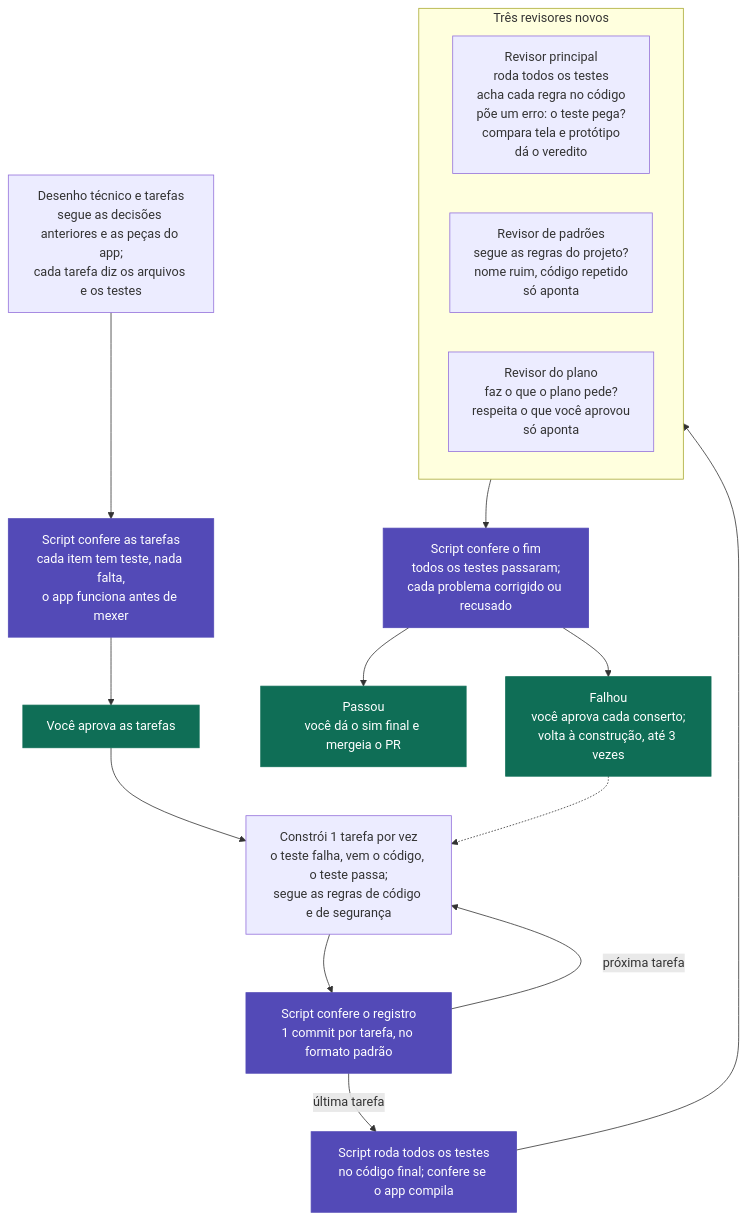
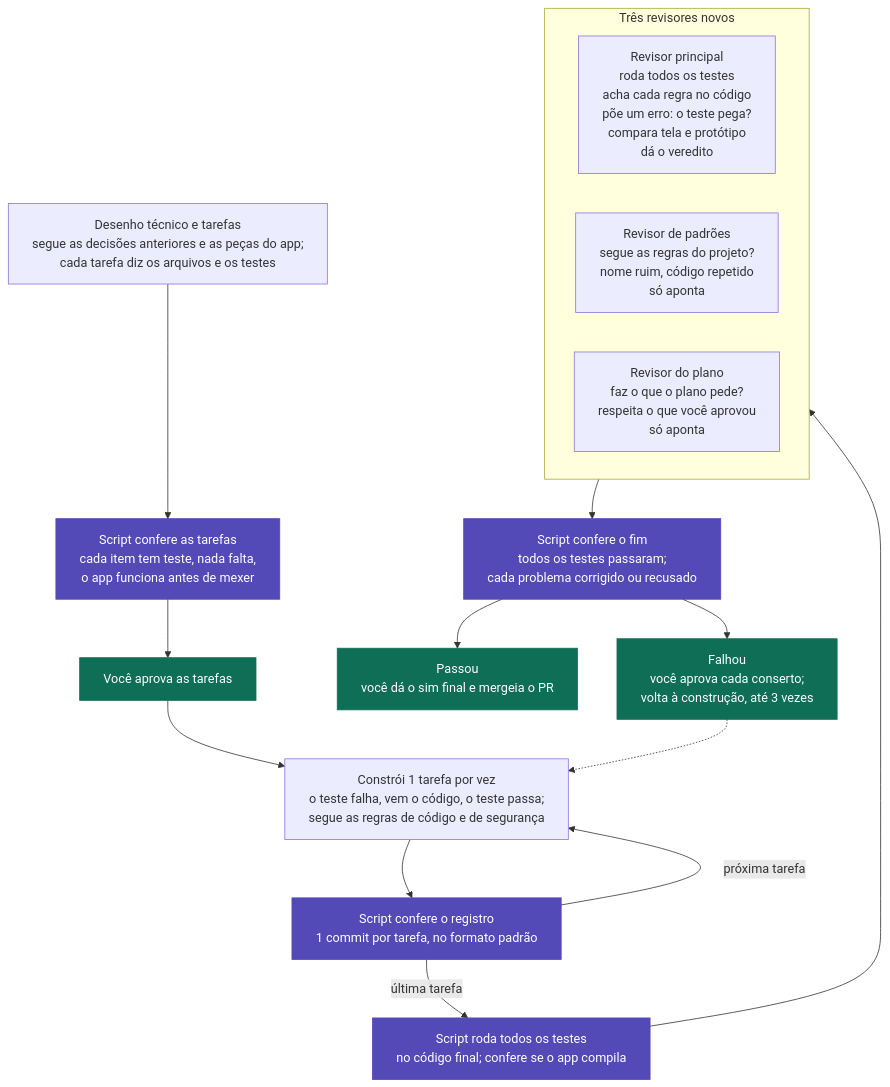
The second of 2 diagrams in README.md (cassianodiniz/cass), drawn with Mermaid before and after one commit. The commit also changed other lines of this file, not shown here.

Commit message:
README: caixas mais largas nos fluxogramas

````diff
--- a/README.md
+++ b/README.md
@@ -79,28 +80,29 @@
 ```mermaid
+%%{init: {"flowchart": {"wrappingWidth": 420}}}%%
 flowchart TD
     A["Desenho técnico e tarefas<br/>segue as decisões anteriores e as peças do app;<br/>cada tarefa diz os arquivos e os testes"]
     B["Script confere as tarefas<br/>cada item tem teste, nada falta,<br/>o app funciona antes de mexer"]
     C["Você aprova as tarefas"]
     D["Constrói 1 tarefa por vez<br/>o teste falha, vem o código, o teste passa;<br/>segue as regras de código e de segurança"]
     E["Script confere o registro<br/>1 commit por tarefa, no formato padrão"]
     F["Script roda todos os testes<br/>no código final; confere se o app compila"]
     subgraph R["Três revisores novos"]
         direction LR
         R1["Revisor principal<br/>roda todos os testes<br/>acha cada regra no código<br/>põe um erro: o teste pega?<br/>compara tela e protótipo<br/>dá o veredito"]
         R2["Revisor de padrões<br/>segue as regras do projeto?<br/>nome ruim, código repetido<br/>só aponta"]
         R3["Revisor do plano<br/>faz o que o plano pede?<br/>respeita o que você aprovou<br/>só aponta"]
     end
     G["Script confere o fim<br/>todos os testes passaram;<br/>cada problema corrigido ou recusado"]
     H["Passou<br/>você dá o sim final e mergeia o PR"]
     I["Falhou<br/>você aprova cada conserto;<br/>volta à construção, até 3 vezes"]
     A --> B --> C --> D --> E
     E -- próxima tarefa --> D
     E -- última tarefa --> F --> R --> G
     G --> H
     G --> I
     I -.-> D
     classDef script fill:#534AB7,stroke:#534AB7,color:#FFFFFF
     classDef sim fill:#0F6E56,stroke:#0F6E56,color:#FFFFFF
     class B,E,F,G script
     class C,H,I sim
 ```
````
